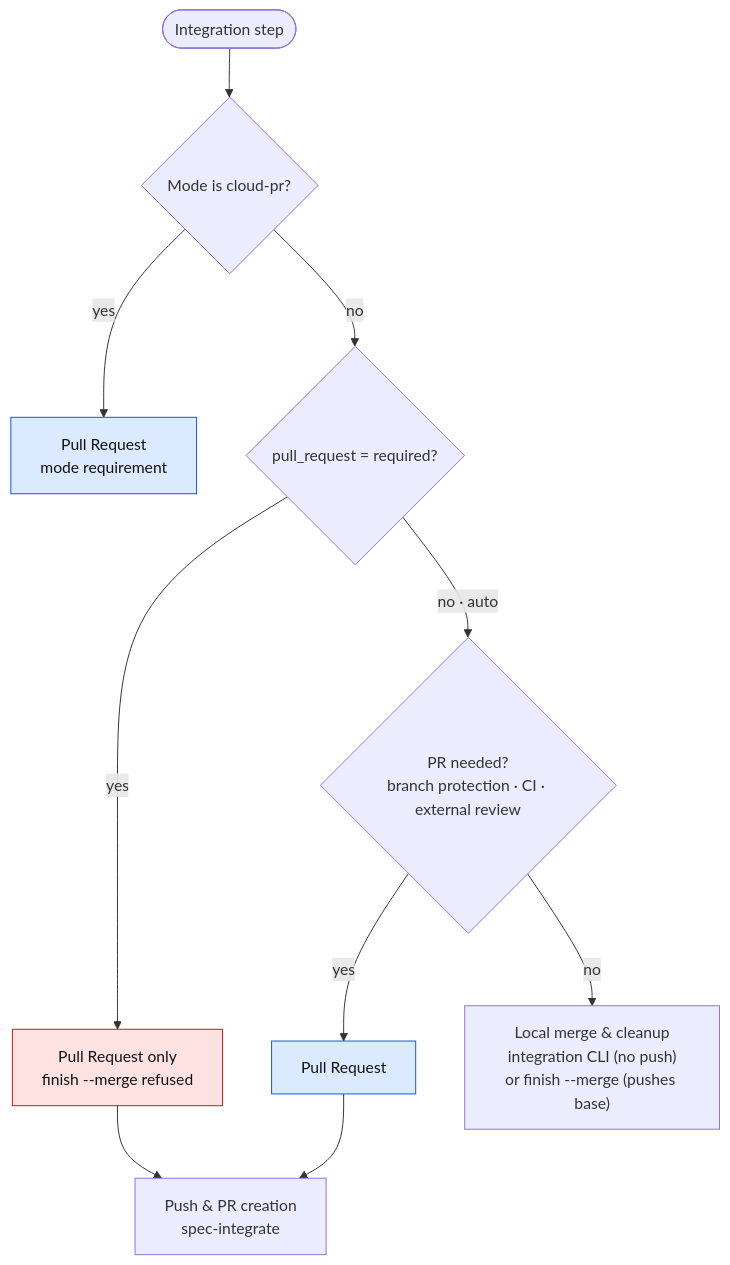
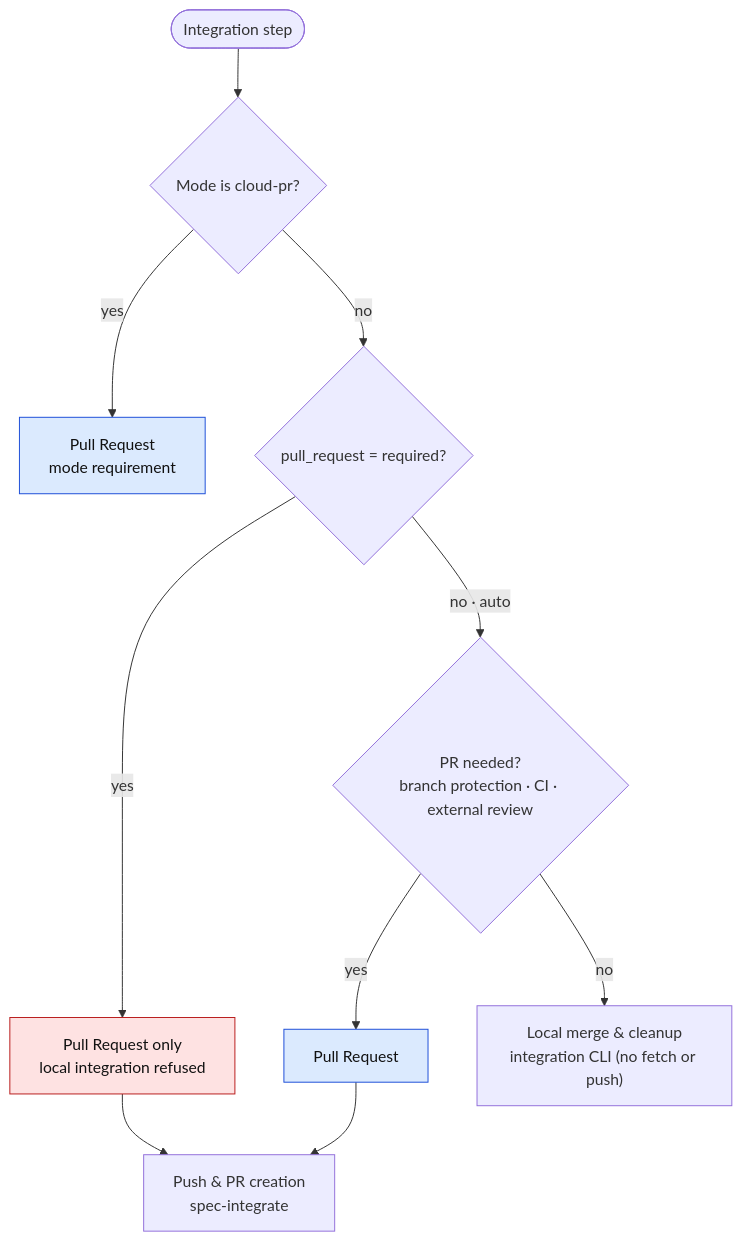
Before and after one commit to mjkimR/devkit: the second of 2 diagrams in docs/architecture/ARCH-04-2-delivery-policy.md, drawn with Mermaid. The commit also changed other lines of this file and 19 other files, not shown here.

Commit message:
docs: name integration integrate --route local as the one landing route

````diff
--- a/docs/architecture/ARCH-04-2-delivery-policy.md
+++ b/docs/architecture/ARCH-04-2-delivery-policy.md
@@ -78,14 +78,14 @@
 ```mermaid
 flowchart TD
     S([Integration step]) --> A{"Mode is cloud-pr?"}
     A -->|yes| P1[Pull Request<br/>mode requirement]:::need
     A -->|no| B{"pull_request = required?"}
-    B -->|yes| P2[Pull Request only<br/>finish --merge refused]:::req
+    B -->|yes| P2[Pull Request only<br/>local integration refused]:::req
     B -->|no · auto| C{"PR needed?<br/>branch protection · CI · external review"}
     C -->|yes| P3[Pull Request]:::need
-    C -->|no| M["Local merge & cleanup<br/>integration CLI (no push)<br/>or finish --merge (pushes base)"]
+    C -->|no| M["Local merge & cleanup<br/>integration CLI (no fetch or push)"]
     P2 & P3 --> W[Push & PR creation<br/>spec-integrate]
 
     classDef need fill:#dbeafe,stroke:#1d4ed8,color:#111
     classDef req fill:#fee2e2,stroke:#b91c1c,color:#111
 ```
````
